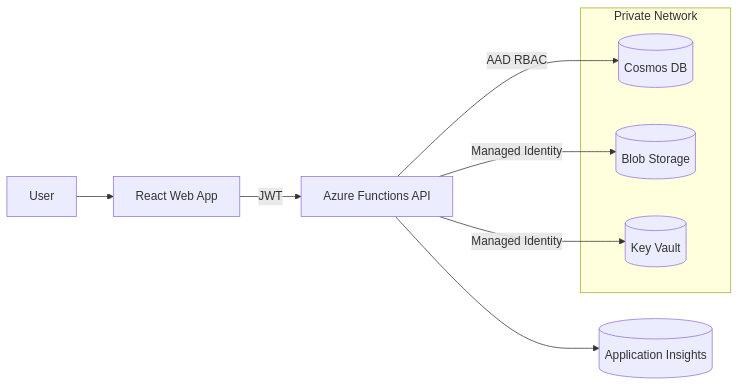
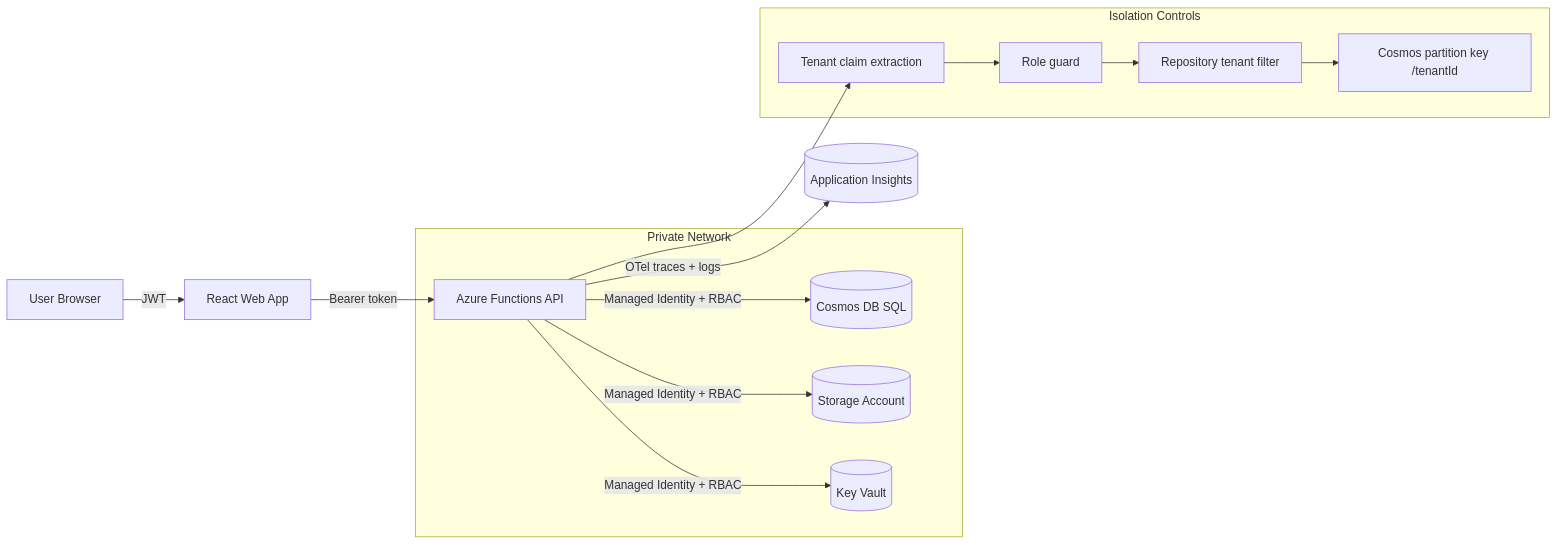
Before and after one commit to MarcKarbowiak/azure-secure-multitenant-saas: the diagram in README.md, drawn with Mermaid. The commit also changed other lines of this file and 59 other files, not shown here.

First line of the commit message:
feat: implement secure multi-tenant Azure SaaS reference architecture

````diff
--- a/README.md
+++ b/README.md
@@ -42,16 +17,25 @@
 ```mermaid
 flowchart LR
+  User[User Browser] -->|JWT| Web[React Web App]
+  Web -->|Bearer token| Api[Azure Functions API]
+  Api -->|Managed Identity + RBAC| Cosmos[(Cosmos DB SQL)]
+  Api -->|Managed Identity + RBAC| Storage[(Storage Account)]
+  Api -->|Managed Identity + RBAC| KeyVault[(Key Vault)]
+  Api -->|OTel traces + logs| AppInsights[(Application Insights)]
 
-User --> WebApp[React Web App]
-WebApp -->|JWT| API[Azure Functions API]
-API -->|AAD RBAC| Cosmos[(Cosmos DB)]
-API -->|Managed Identity| Storage[(Blob Storage)]
-API -->|Managed Identity| KeyVault[(Key Vault)]
-API --> AppInsights[(Application Insights)]
+  subgraph Private Network
+    Api
+    Cosmos
+    Storage
+    KeyVault
+  end
 
-subgraph Private Network
-Cosmos
-Storage
-KeyVault
-end
+  subgraph Isolation Controls
+    T1[Tenant claim extraction]
+    T2[Role guard]
+    T3[Repository tenant filter]
+    T4[Cosmos partition key /tenantId]
+  end
+
+  Api --> T1 --> T2 --> T3 --> T4
 ```
````
